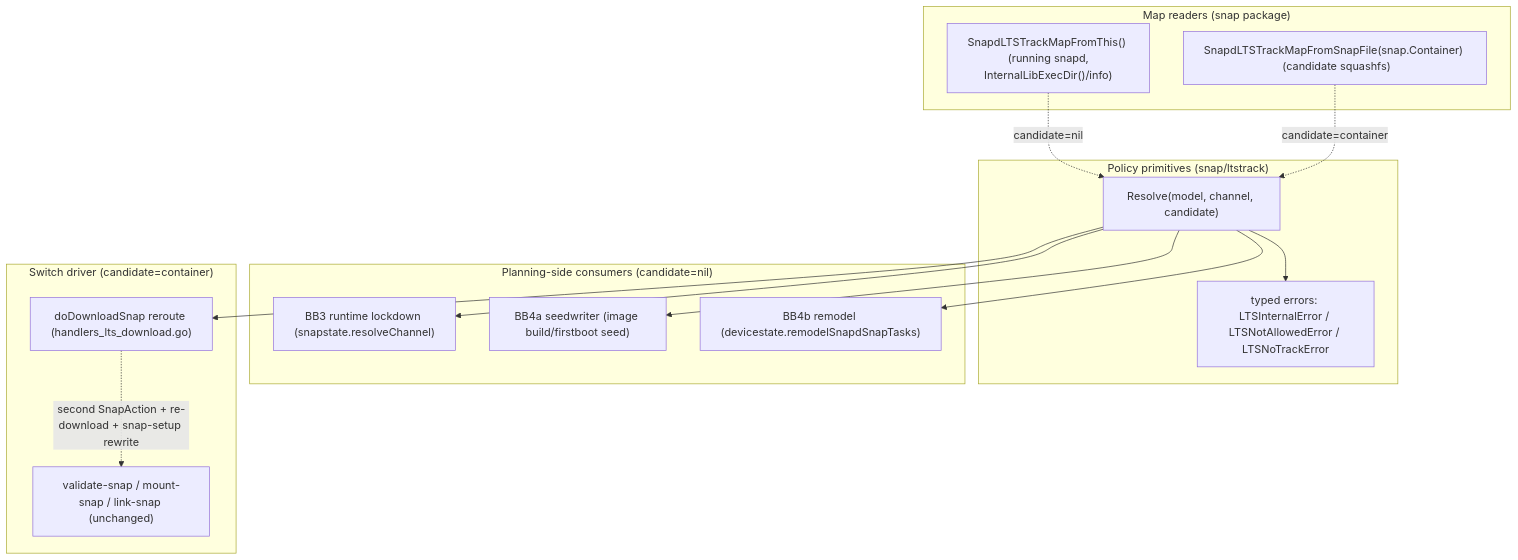
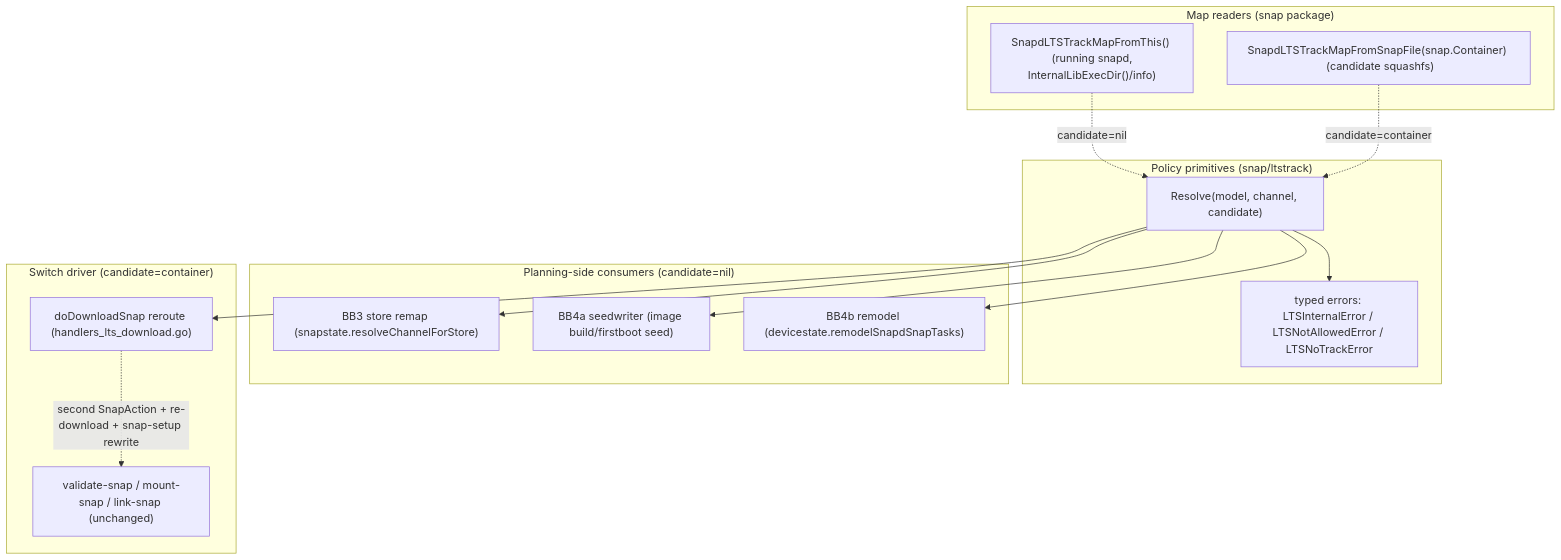
Before and after one commit to canonical/snapd: the diagram in DESIGN.md, drawn with Mermaid. The commit also changed other lines of this file and 17 other files, not shown here.

````diff
--- a/DESIGN.md
+++ b/DESIGN.md
@@ -311,26 +315,26 @@
 ```mermaid
 flowchart TD
     subgraph primitives ["Policy primitives (snap/ltstrack)"]
         L["Resolve(model, channel, candidate)"]
         L --> E["typed errors: LTSInternalError / LTSNotAllowedError / LTSNoTrackError"]
     end
     subgraph readers ["Map readers (snap package)"]
         R1["SnapdLTSTrackMapFromThis()  (running snapd, InternalLibExecDir()/info)"]
         R2["SnapdLTSTrackMapFromSnapFile(snap.Container)  (candidate squashfs)"]
     end
     subgraph consumers ["Planning-side consumers (candidate=nil)"]
-        BB3["BB3 runtime lockdown (snapstate.resolveChannel)"]
+        BB3["BB3 store remap (snapstate.resolveChannelForStore)"]
         BB4a["BB4a seedwriter (image build/firstboot seed)"]
         BB4b["BB4b remodel (devicestate.remodelSnapdSnapTasks)"]
     end
     subgraph driver ["Switch driver (candidate=container)"]
         D["doDownloadSnap reroute (handlers_lts_download.go)"]
         D -.->|second SnapAction + re-download + snap-setup rewrite| D2["validate-snap / mount-snap / link-snap (unchanged)"]
     end
     L --> BB3
     L --> BB4a
     L --> BB4b
     L --> D
     R1 -.candidate=nil.-> L
     R2 -.candidate=container.-> L
 ```
````
